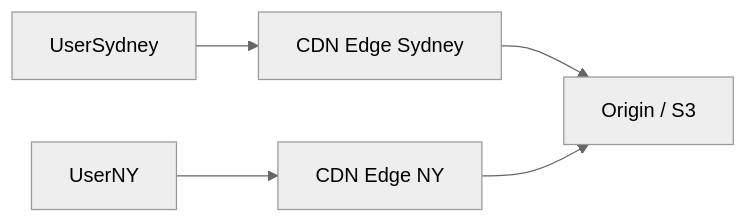
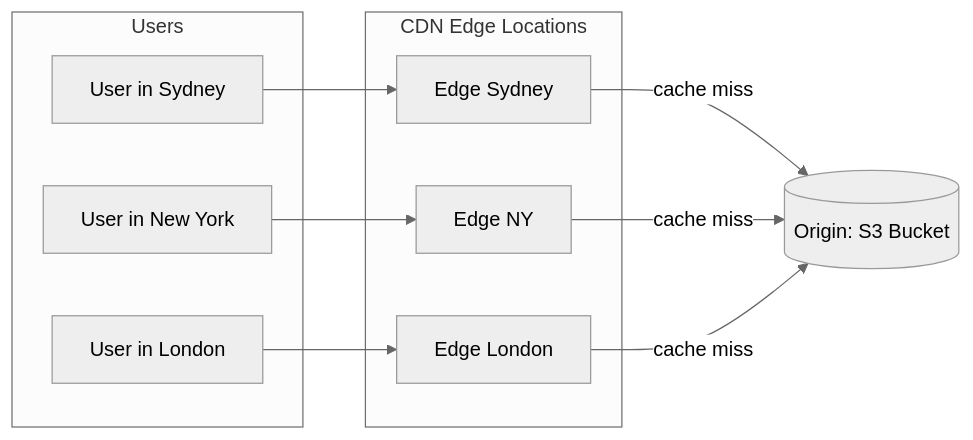
Before and after one commit to saroj990/system-design: the first of 5 diagrams in fundamentals/11-cdn-object-storage.md, drawn with Mermaid (neutral theme). The commit also changed other lines of this file and 14 other files, not shown here.

````diff
--- a/fundamentals/11-cdn-object-storage.md
+++ b/fundamentals/11-cdn-object-storage.md
@@ -40,7 +103,23 @@
 ```mermaid
 flowchart LR
-  UserSydney --> EdgeSydney[CDN Edge Sydney]
-  UserNY --> EdgeNY[CDN Edge NY]
-  EdgeSydney --> Origin[Origin / S3]
-  EdgeNY --> Origin
+  subgraph Users
+    U1[User in Sydney]
+    U2[User in New York]
+    U3[User in London]
+  end
+
+  subgraph CDN["CDN Edge Locations"]
+    E1[Edge Sydney]
+    E2[Edge NY]
+    E3[Edge London]
+  end
+
+  Origin[(Origin: S3 Bucket)]
+
+  U1 --> E1
+  U2 --> E2
+  U3 --> E3
+  E1 -->|cache miss| Origin
+  E2 -->|cache miss| Origin
+  E3 -->|cache miss| Origin
 ```
````
